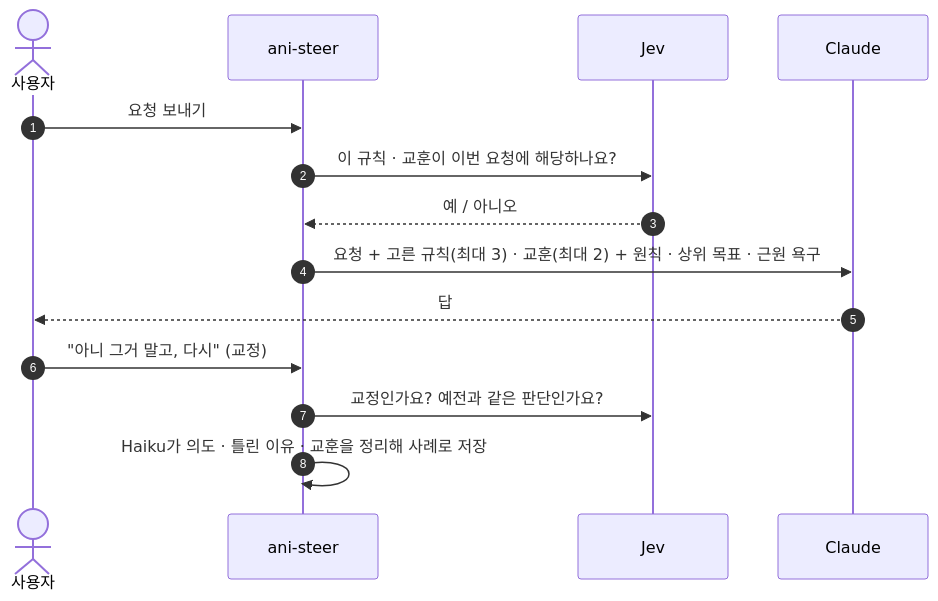
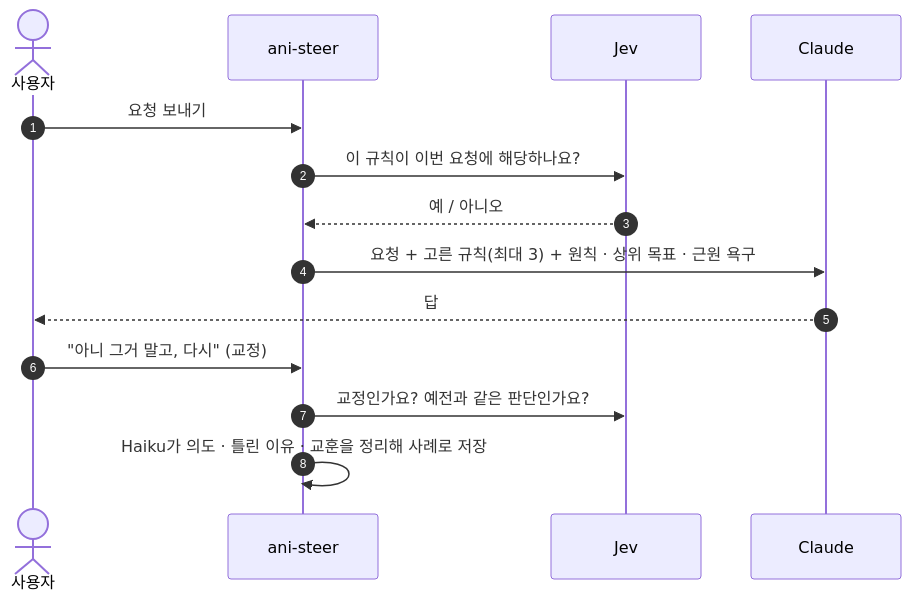
The diagram in README.md (ThingsLikeClaude/ani-steer), drawn with Mermaid before and after one commit. The commit also changed other lines of this file and 7 other files, not shown here.

````diff
--- a/README.md
+++ b/README.md
@@ -61,17 +61,17 @@
 ```mermaid
 sequenceDiagram
     autonumber
     actor U as 사용자
     participant A as ani-steer
     participant J as Jev
     participant C as Claude
 
     U->>A: 요청 보내기
-    A->>J: 이 규칙 · 교훈이 이번 요청에 해당하나요?
+    A->>J: 이 규칙이 이번 요청에 해당하나요?
     J-->>A: 예 / 아니오
-    A->>C: 요청 + 고른 규칙(최대 3) · 교훈(최대 2) + 원칙 · 상위 목표 · 근원 욕구
+    A->>C: 요청 + 고른 규칙(최대 3) + 원칙 · 상위 목표 · 근원 욕구
     C-->>U: 답
     U->>A: "아니 그거 말고, 다시" (교정)
     A->>J: 교정인가요? 예전과 같은 판단인가요?
     A->>A: Haiku가 의도 · 틀린 이유 · 교훈을 정리해 사례로 저장
 ```
````
